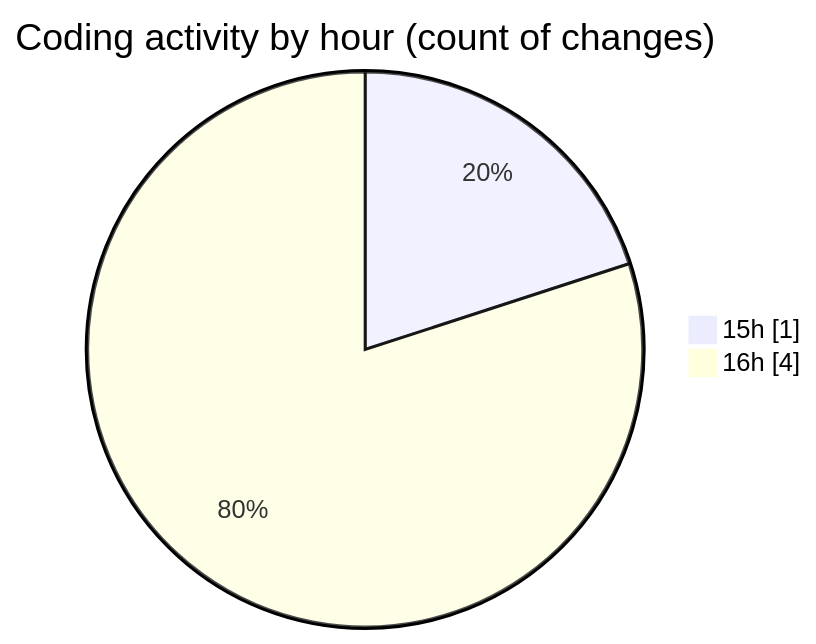
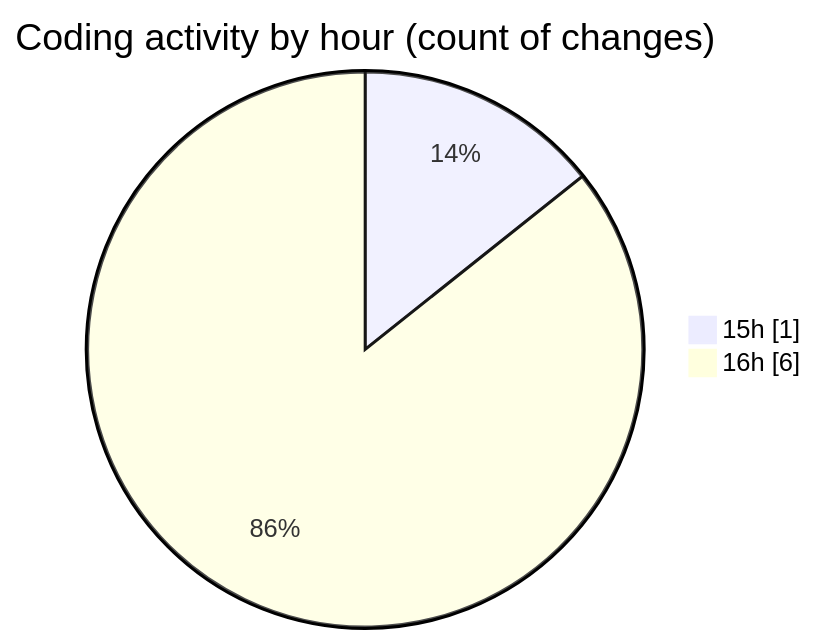
Before and after one commit to debugP/code-tracking: the second of 2 diagrams in 2025-09-29/untitled__workspace_/README.md, drawn with Mermaid. The commit also changed other lines of this file and 1 other file, not shown here.

````diff
--- a/2025-09-29/untitled__workspace_/README.md
+++ b/2025-09-29/untitled__workspace_/README.md
@@ -30,6 +30,6 @@
 ```mermaid
 pie showData
 title Coding activity by hour (count of changes)
 "15h" : 1
-"16h" : 4
+"16h" : 6
 ```
````
